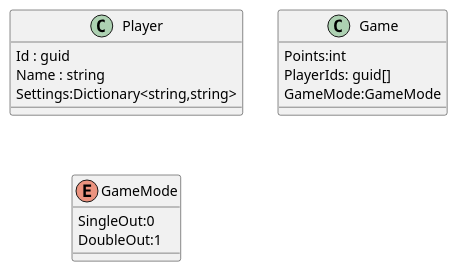
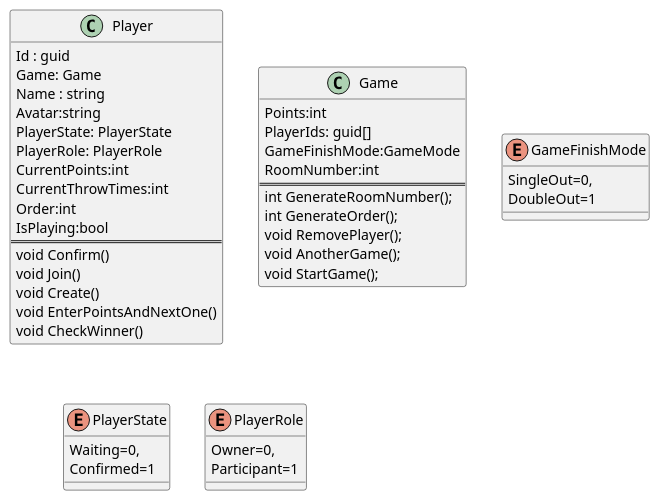
Before and after one commit to bryht/Playground: the diagram in design.puml, drawn with PlantUML. The commit also changed 1 other file, not shown here.

```diff
--- a/design.puml
+++ b/design.puml
@@ -1,20 +1,46 @@
 @startuml DartBoard
 class Player {
     Id : guid
+    Game: Game
     Name : string
-    Settings:Dictionary<string,string>
-
+    Avatar:string
+    PlayerState: PlayerState
+    PlayerRole: PlayerRole
+    CurrentPoints:int
+    CurrentThrowTimes:int
+    Order:int
+    IsPlaying:bool
+    ==
+    void Confirm()
+    void Join()
+    void Create()
+    void EnterPointsAndNextOne()
+    void CheckWinner()
 }
 
 class Game {
     Points:int
     PlayerIds: guid[]
-    GameMode:GameMode
-    
+    GameFinishMode:GameMode
+    RoomNumber:int
+    ==
+    int GenerateRoomNumber();
+    int GenerateOrder();
+    void RemovePlayer();
+    void AnotherGame();
+    void StartGame();
 }
 
-enum GameMode{
-    SingleOut:0
-    DoubleOut:1
+enum GameFinishMode{
+    SingleOut=0,
+    DoubleOut=1
+}
+enum PlayerState{
+    Waiting=0,
+    Confirmed=1
+}
+enum PlayerRole{
+    Owner=0,
+    Participant=1
 }
 @enduml
```
